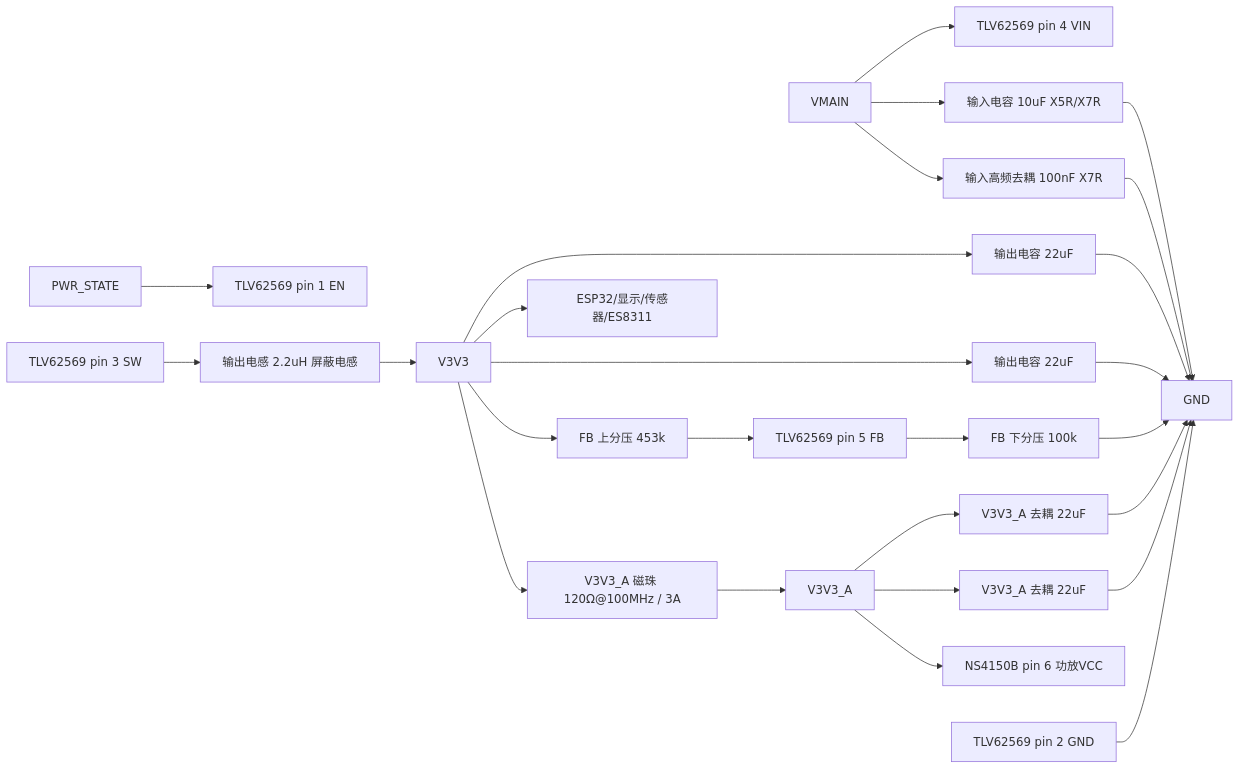
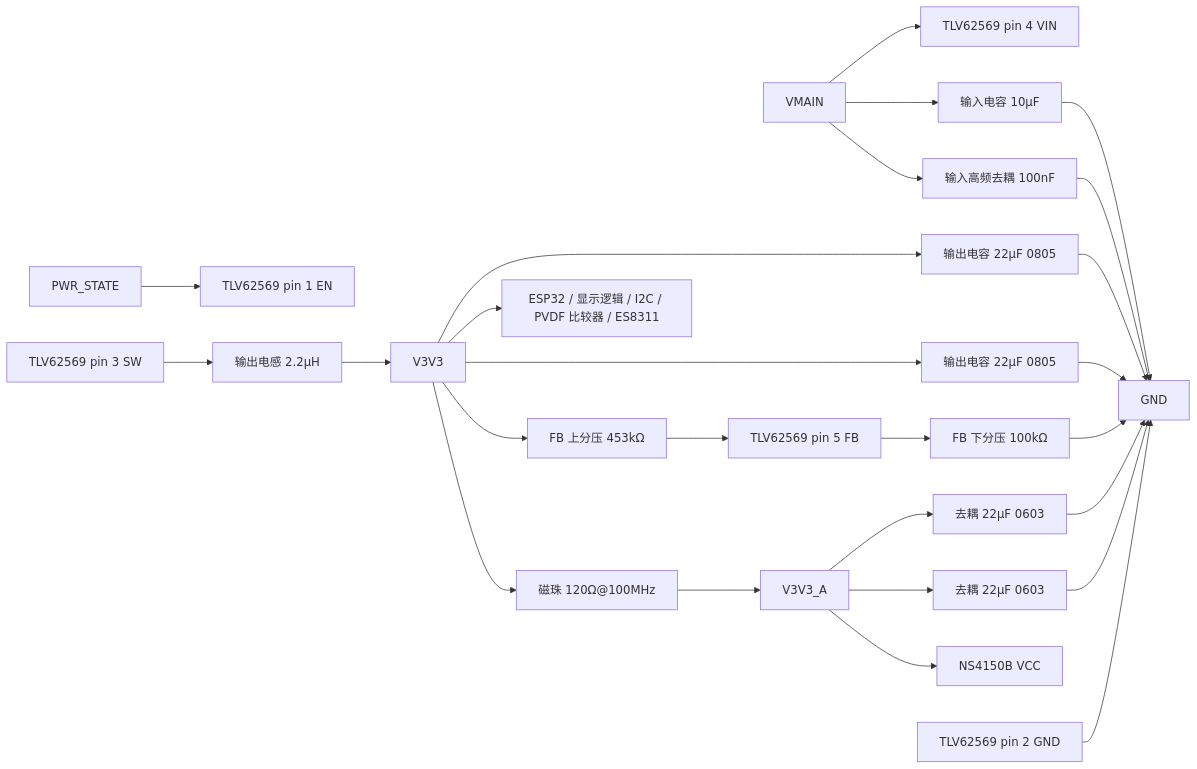
The diagram in docs/hardware/外围电路设计/TLV62569DBVR外围电路设计与接线.md (zhanghongchen1213/Electronic_Wooden_Fish), drawn with Mermaid before and after one commit. The commit also changed other lines of this file and 6 other files, not shown here.

````diff
--- a/docs/hardware/外围电路设计/TLV62569DBVR外围电路设计与接线.md
+++ b/docs/hardware/外围电路设计/TLV62569DBVR外围电路设计与接线.md
@@ -48,28 +62,28 @@
 ```mermaid
 flowchart LR
-  VM[VMAIN] --> VIN[TLV62569 pin 4 VIN]
-  VM --> CIN1[输入电容 10uF X5R/X7R]
-  VM --> CIN2[输入高频去耦 100nF X7R]
-  CIN1 --> GND[GND]
-  CIN2 --> GND
-  ENNET[PWR_STATE] --> EN[TLV62569 pin 1 EN]
-  SW[TLV62569 pin 3 SW] --> L[输出电感 2.2uH 屏蔽电感]
-  L --> V3[V3V3]
-  V3 --> COUT1[输出电容 22uF]
-  V3 --> COUT2[输出电容 22uF]
+  VMAIN[VMAIN] --> VIN[TLV62569 pin 4 VIN]
+  VMAIN --> CIN[输入电容 10µF]
+  VMAIN --> CINHF[输入高频去耦 100nF]
+  CIN --> GND[GND]
+  CINHF --> GND
+  PWRSTATE[PWR_STATE] --> EN[TLV62569 pin 1 EN]
+  SW[TLV62569 pin 3 SW] --> L[输出电感 2.2µH]
+  L --> V3V3[V3V3]
+  V3V3 --> COUT1[输出电容 22µF 0805]
+  V3V3 --> COUT2[输出电容 22µF 0805]
   COUT1 --> GND
   COUT2 --> GND
-  V3 --> RTOP[FB 上分压 453k]
+  V3V3 --> RTOP[FB 上分压 453kΩ]
   RTOP --> FB[TLV62569 pin 5 FB]
-  FB --> RBOT[FB 下分压 100k]
+  FB --> RBOT[FB 下分压 100kΩ]
   RBOT --> GND
-  V3 --> LOAD[ESP32/显示/传感器/ES8311]
-  V3 --> BEAD[V3V3_A 磁珠 120Ω@100MHz / 3A]
-  BEAD --> VA[V3V3_A]
-  VA --> CA1[V3V3_A 去耦 22uF]
-  VA --> CA2[V3V3_A 去耦 22uF]
+  V3V3 --> LOAD[ESP32 / 显示逻辑 / I2C / PVDF 比较器 / ES8311]
+  V3V3 --> BEAD[磁珠 120Ω@100MHz]
+  BEAD --> V3V3A[V3V3_A]
+  V3V3A --> CA1[去耦 22µF 0603]
+  V3V3A --> CA2[去耦 22µF 0603]
   CA1 --> GND
   CA2 --> GND
-  VA --> PA[NS4150B pin 6 功放VCC]
-  BUCKGND[TLV62569 pin 2 GND] --> GND
+  V3V3A --> PA[NS4150B VCC]
+  GNDPIN[TLV62569 pin 2 GND] --> GND
 ```
````
